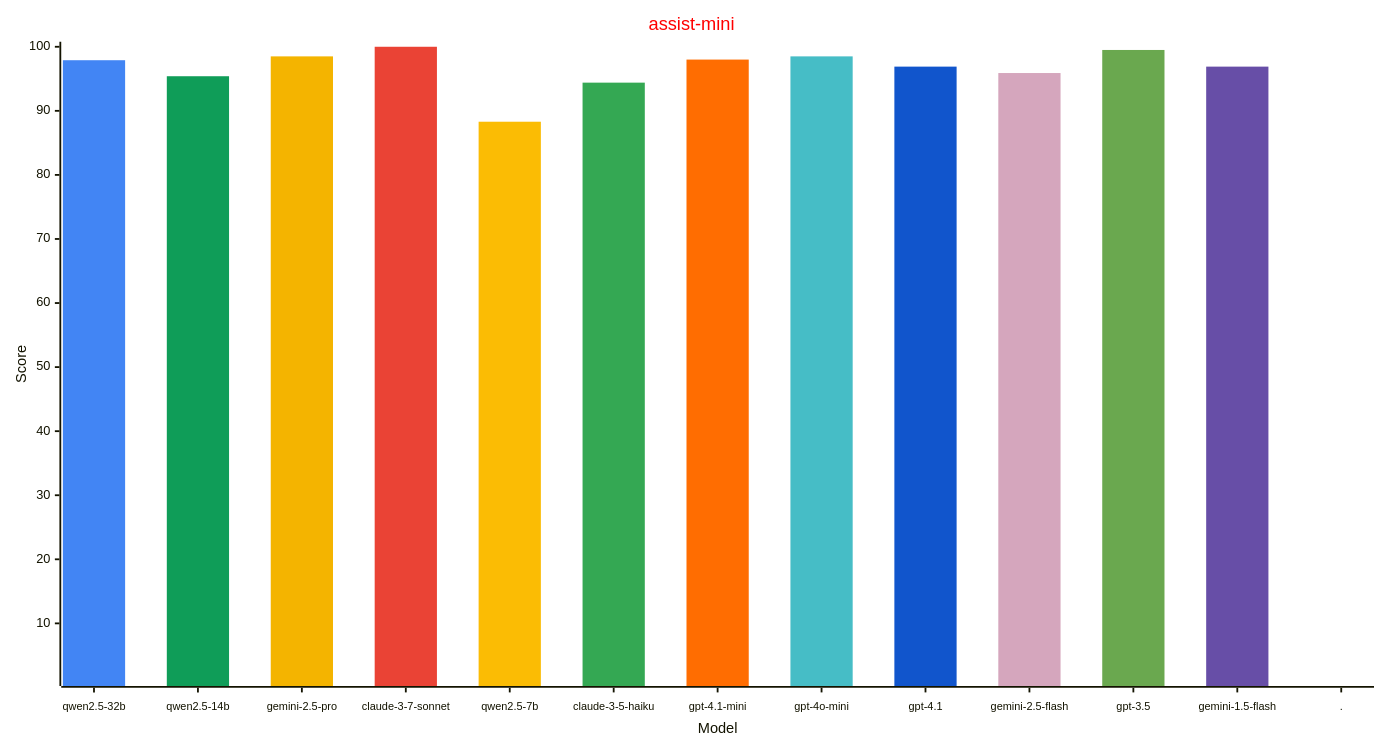
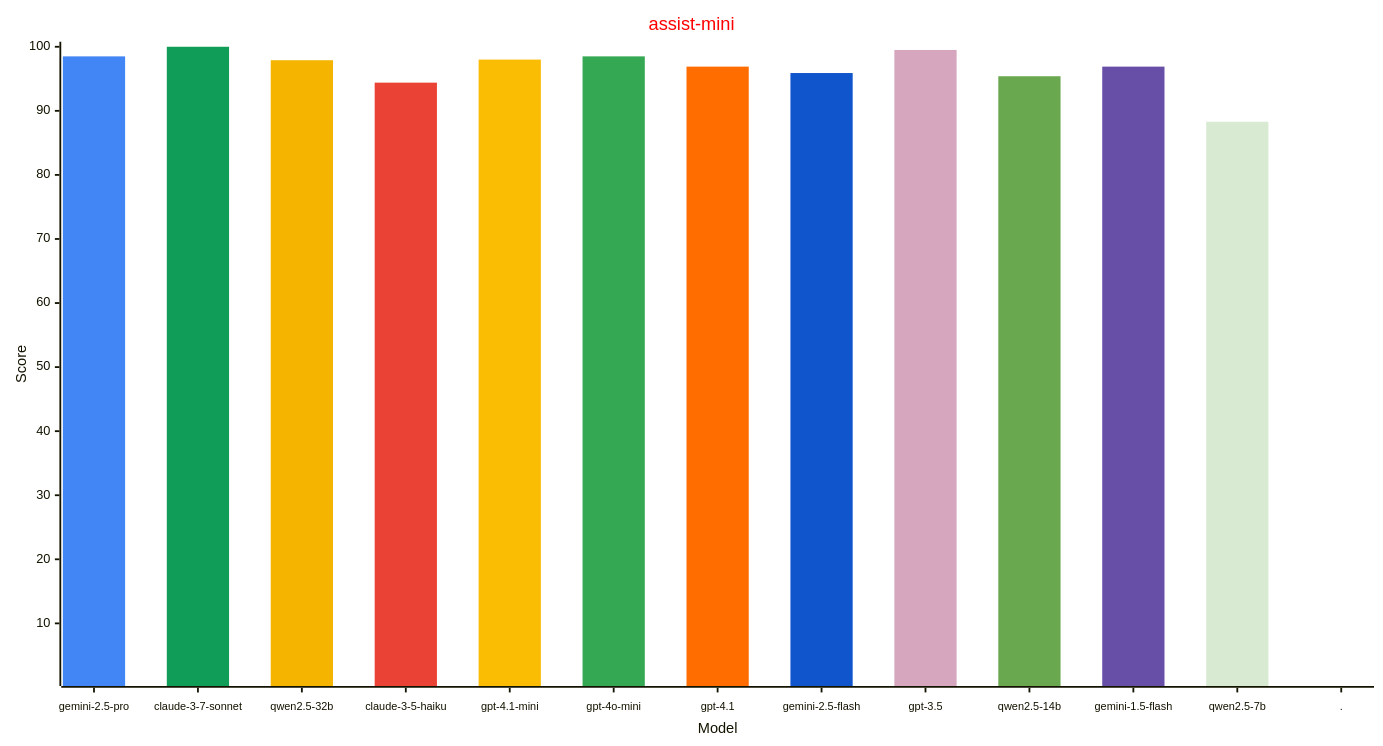
The second of 4 diagrams in reports/README.md (allenporter/home-assistant-datasets), drawn with Mermaid before and after one commit. The commit also changed other lines of this file, not shown here.

````diff
--- a/reports/README.md
+++ b/reports/README.md
@@ -104,33 +105,33 @@
 ```mermaid
 ---
 config:
     xyChart:
         width: 1500
         height: 800
         xAxis:
           labelFontSize: 12
           labelPadding: 8
     themeVariables:
         xyChart:
             titleColor: "#ff0000"
-            plotColorPalette: "#4285f4, #0f9d58, #f4b400, #ea4335, #fbbc04, #34a853, #ff6d01, #46bdc6, #1155cc, #d5a6bd, #6aa84f, #674ea7, #4285f4"
+            plotColorPalette: "#4285f4, #0f9d58, #f4b400, #ea4335, #fbbc04, #34a853, #ff6d01, #1155cc, #d5a6bd, #6aa84f, #674ea7, #d9ead3, #4285f4"
 
 ---
 xychart-beta
   title "assist-mini"
-  x-axis "Model" [qwen2.5-32b, qwen2.5-14b, gemini-2.5-pro, claude-3-7-sonnet, qwen2.5-7b, claude-3-5-haiku, gpt-4.1-mini, gpt-4o-mini, gpt-4.1, gemini-2.5-flash, gpt-3.5, gemini-1.5-flash, .]
+  x-axis "Model" [gemini-2.5-pro, claude-3-7-sonnet, qwen2.5-32b, claude-3-5-haiku, gpt-4.1-mini, gpt-4o-mini, gpt-4.1, gemini-2.5-flash, gpt-3.5, qwen2.5-14b, gemini-1.5-flash, qwen2.5-7b, .]
   y-axis "Score" 1 --> 100
-  bar [97.9, 0.0, 0.0, 0.0, 0.0, 0.0, 0.0, 0.0, 0.0, 0.0, 0.0, 0.0, 0.0]
-  bar [0.0, 95.4, 0.0, 0.0, 0.0, 0.0, 0.0, 0.0, 0.0, 0.0, 0.0, 0.0, 0.0]
-  bar [0.0, 0.0, 98.5, 0.0, 0.0, 0.0, 0.0, 0.0, 0.0, 0.0, 0.0, 0.0, 0.0]
-  bar [0.0, 0.0, 0.0, 100.0, 0.0, 0.0, 0.0, 0.0, 0.0, 0.0, 0.0, 0.0, 0.0]
-  bar [0.0, 0.0, 0.0, 0.0, 88.3, 0.0, 0.0, 0.0, 0.0, 0.0, 0.0, 0.0, 0.0]
-  bar [0.0, 0.0, 0.0, 0.0, 0.0, 94.4, 0.0, 0.0, 0.0, 0.0, 0.0, 0.0, 0.0]
-  bar [0.0, 0.0, 0.0, 0.0, 0.0, 0.0, 98.0, 0.0, 0.0, 0.0, 0.0, 0.0, 0.0]
-  bar [0.0, 0.0, 0.0, 0.0, 0.0, 0.0, 0.0, 98.5, 0.0, 0.0, 0.0, 0.0, 0.0]
-  bar [0.0, 0.0, 0.0, 0.0, 0.0, 0.0, 0.0, 0.0, 96.9, 0.0, 0.0, 0.0, 0.0]
-  bar [0.0, 0.0, 0.0, 0.0, 0.0, 0.0, 0.0, 0.0, 0.0, 95.9, 0.0, 0.0, 0.0]
-  bar [0.0, 0.0, 0.0, 0.0, 0.0, 0.0, 0.0, 0.0, 0.0, 0.0, 99.5, 0.0, 0.0]
-  bar [0.0, 0.0, 0.0, 0.0, 0.0, 0.0, 0.0, 0.0, 0.0, 0.0, 0.0, 96.9, 0.0]
+  bar [98.5, 0.0, 0.0, 0.0, 0.0, 0.0, 0.0, 0.0, 0.0, 0.0, 0.0, 0.0, 0.0]
+  bar [0.0, 100.0, 0.0, 0.0, 0.0, 0.0, 0.0, 0.0, 0.0, 0.0, 0.0, 0.0, 0.0]
+  bar [0.0, 0.0, 97.9, 0.0, 0.0, 0.0, 0.0, 0.0, 0.0, 0.0, 0.0, 0.0, 0.0]
+  bar [0.0, 0.0, 0.0, 94.4, 0.0, 0.0, 0.0, 0.0, 0.0, 0.0, 0.0, 0.0, 0.0]
+  bar [0.0, 0.0, 0.0, 0.0, 98.0, 0.0, 0.0, 0.0, 0.0, 0.0, 0.0, 0.0, 0.0]
+  bar [0.0, 0.0, 0.0, 0.0, 0.0, 98.5, 0.0, 0.0, 0.0, 0.0, 0.0, 0.0, 0.0]
+  bar [0.0, 0.0, 0.0, 0.0, 0.0, 0.0, 96.9, 0.0, 0.0, 0.0, 0.0, 0.0, 0.0]
+  bar [0.0, 0.0, 0.0, 0.0, 0.0, 0.0, 0.0, 95.9, 0.0, 0.0, 0.0, 0.0, 0.0]
+  bar [0.0, 0.0, 0.0, 0.0, 0.0, 0.0, 0.0, 0.0, 99.5, 0.0, 0.0, 0.0, 0.0]
+  bar [0.0, 0.0, 0.0, 0.0, 0.0, 0.0, 0.0, 0.0, 0.0, 95.4, 0.0, 0.0, 0.0]
+  bar [0.0, 0.0, 0.0, 0.0, 0.0, 0.0, 0.0, 0.0, 0.0, 0.0, 96.9, 0.0, 0.0]
+  bar [0.0, 0.0, 0.0, 0.0, 0.0, 0.0, 0.0, 0.0, 0.0, 0.0, 0.0, 88.3, 0.0]
   bar [0.0, 0.0, 0.0, 0.0, 0.0, 0.0, 0.0, 0.0, 0.0, 0.0, 0.0, 0.0, -1.0]
 ```
````
